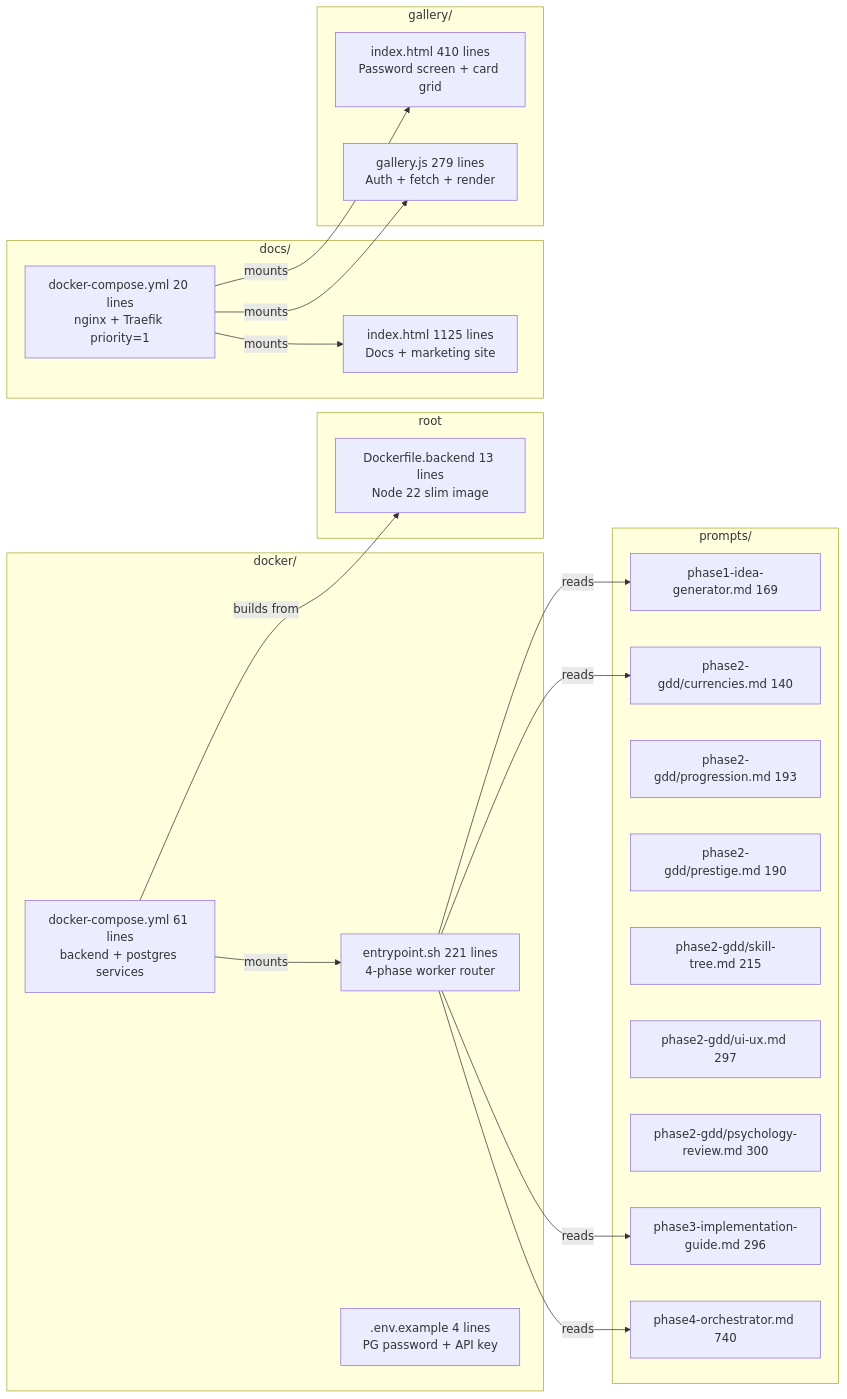
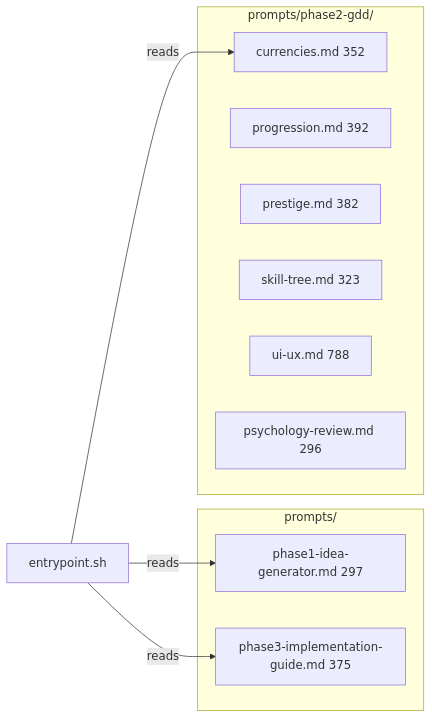
Before and after one commit to J-Gierend/gamePocGen: the ninth of 10 diagrams in AI/document/01-file-map.md, drawn with Mermaid. The commit also changed other lines of this file and 12 other files, not shown here.

First line of the commit message:
fix: regenerate all architecture docs from current source

````diff
--- a/AI/document/01-file-map.md
+++ b/AI/document/01-file-map.md
@@ -94,44 +164,20 @@
 ```mermaid
 graph LR
-    subgraph "docker/"
-        DC["docker-compose.yml 61 lines\nbackend + postgres services"]
-        ENT["entrypoint.sh 221 lines\n4-phase worker router"]
-        ENV[".env.example 4 lines\nPG password + API key"]
+    subgraph "prompts/"
+        P1["phase1-idea-generator.md 297"]
+        P3["phase3-implementation-guide.md 375"]
     end
 
-    subgraph "root"
-        DBK["Dockerfile.backend 13 lines\nNode 22 slim image"]
+    subgraph "prompts/phase2-gdd/"
+        P2C["currencies.md 352"]
+        P2P["progression.md 392"]
+        P2PR["prestige.md 382"]
+        P2S["skill-tree.md 323"]
+        P2U["ui-ux.md 788"]
+        P2PS["psychology-review.md 296"]
     end
 
-    subgraph "docs/"
-        DDC["docker-compose.yml 20 lines\nnginx + Traefik priority=1"]
-        DIX["index.html 1125 lines\nDocs + marketing site"]
-    end
-
-    subgraph "gallery/"
-        GIX["index.html 410 lines\nPassword screen + card grid"]
-        GJS["gallery.js 279 lines\nAuth + fetch + render"]
-    end
-
-    subgraph "prompts/"
-        P1["phase1-idea-generator.md 169"]
-        P2C["phase2-gdd/currencies.md 140"]
-        P2P["phase2-gdd/progression.md 193"]
-        P2PR["phase2-gdd/prestige.md 190"]
-        P2S["phase2-gdd/skill-tree.md 215"]
-        P2U["phase2-gdd/ui-ux.md 297"]
-        P2PS["phase2-gdd/psychology-review.md 300"]
-        P3["phase3-implementation-guide.md 296"]
-        P4["phase4-orchestrator.md 740"]
-    end
-
-    DC -->|"builds from"| DBK
-    DC -->|"mounts"| ENT
-    DDC -->|"mounts"| DIX
-    DDC -->|"mounts"| GIX
-    DDC -->|"mounts"| GJS
-    ENT -->|"reads"| P1
+    ENT["entrypoint.sh"] -->|"reads"| P1
     ENT -->|"reads"| P2C
     ENT -->|"reads"| P3
-    ENT -->|"reads"| P4
 ```
````
